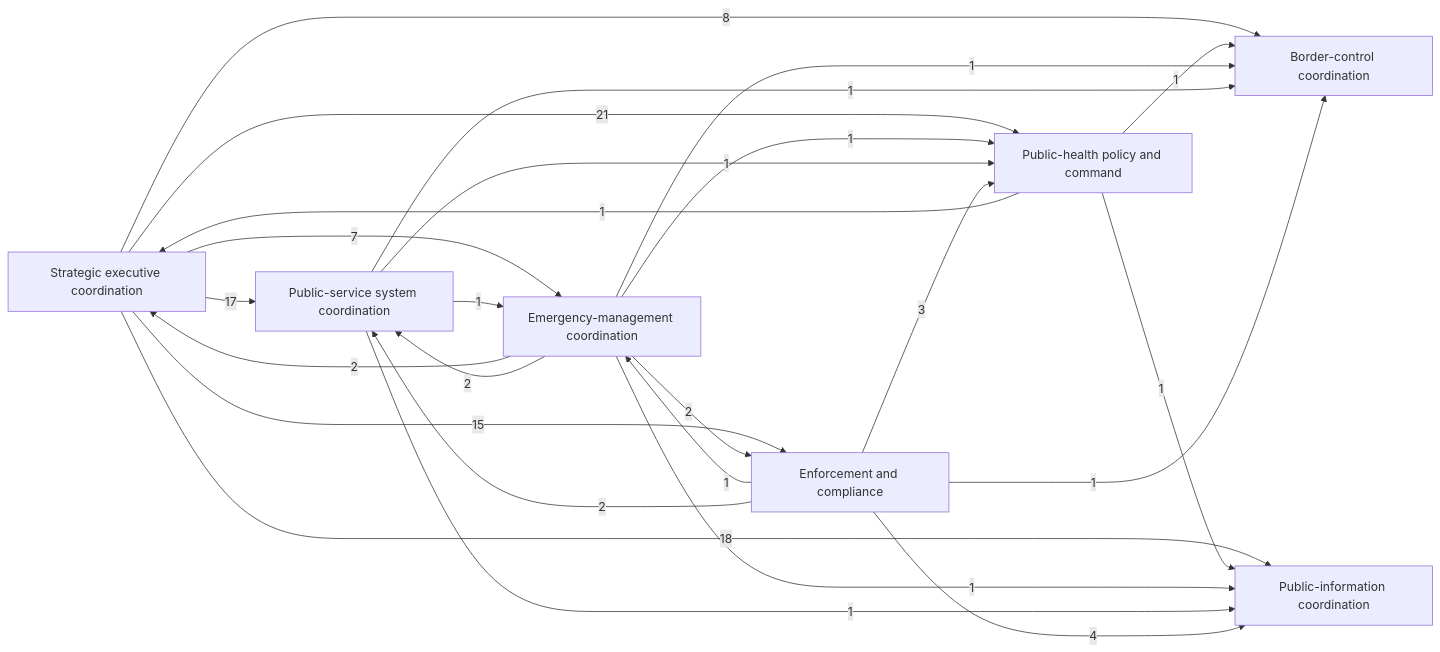
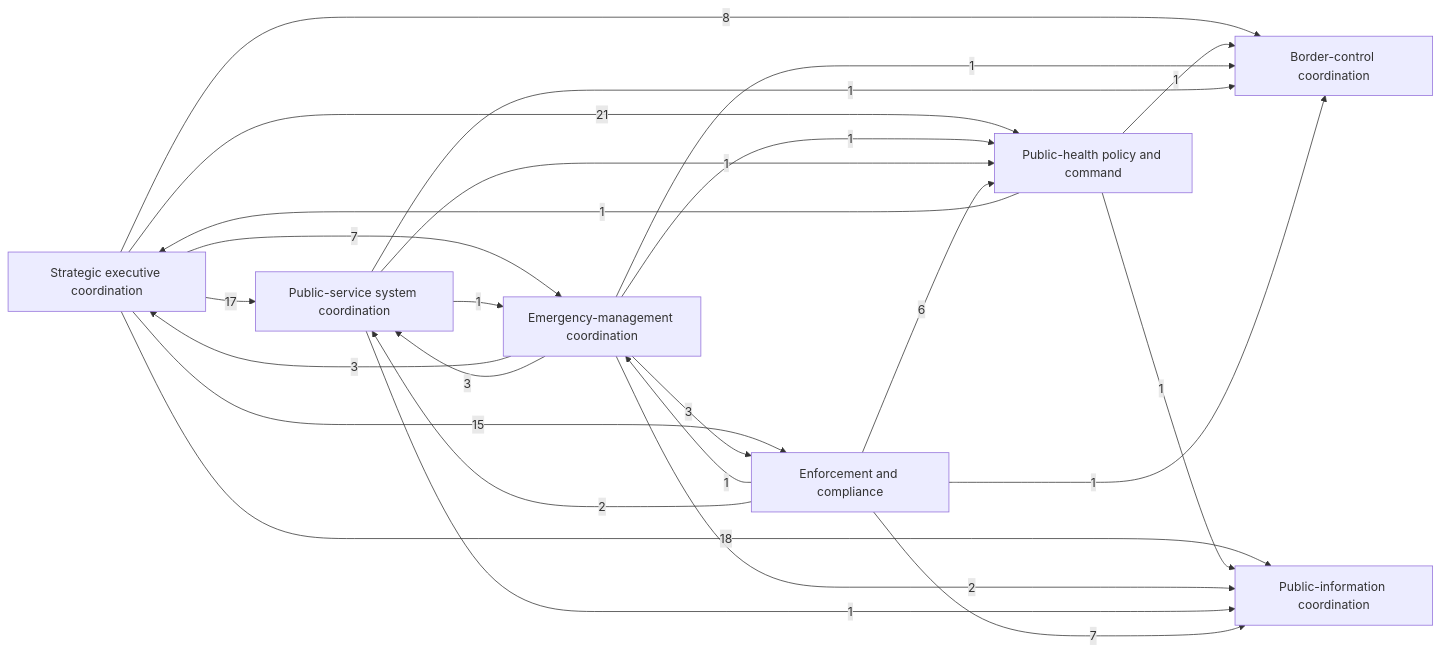
One commit to oestradiol/Research changed the diagram in structured-unity-framework/applications/demonstrated-routes/states-and-societies/institutional-coordination-under-perturbation/first-pass-dependency-graph.md. Above: the diagram before and after it, drawn with Mermaid. The commit also changed other lines of this file and 58 other files, not shown here.

````diff
--- a/structured-unity-framework/applications/demonstrated-routes/states-and-societies/institutional-coordination-under-perturbation/first-pass-dependency-graph.md
+++ b/structured-unity-framework/applications/demonstrated-routes/states-and-societies/institutional-coordination-under-perturbation/first-pass-dependency-graph.md
@@ -50,39 +50,39 @@
 ```mermaid
 flowchart LR
     SEC["Strategic executive coordination"]
     PH["Public-health policy and command"]
     EM["Emergency-management coordination"]
     PSC["Public-service system coordination"]
     BC["Border-control coordination"]
     EC["Enforcement and compliance"]
     PI["Public-information coordination"]
 
     SEC -->|21| PH
     SEC -->|18| PI
     SEC -->|17| PSC
     SEC -->|15| EC
     SEC -->|8| BC
     SEC -->|7| EM
 
     PH -->|1| SEC
     PH -->|1| BC
     PH -->|1| PI
 
-    EM -->|2| SEC
-    EM -->|2| PSC
+    EM -->|3| SEC
+    EM -->|3| PSC
     EM -->|1| PH
     EM -->|1| BC
-    EM -->|1| PI
-    EM -->|2| EC
+    EM -->|2| PI
+    EM -->|3| EC
 
     PSC -->|1| PH
     PSC -->|1| EM
     PSC -->|1| BC
     PSC -->|1| PI
 
-    EC -->|3| PH
-    EC -->|4| PI
+    EC -->|6| PH
+    EC -->|7| PI
     EC -->|1| BC
     EC -->|1| EM
     EC -->|2| PSC
 ```
````
